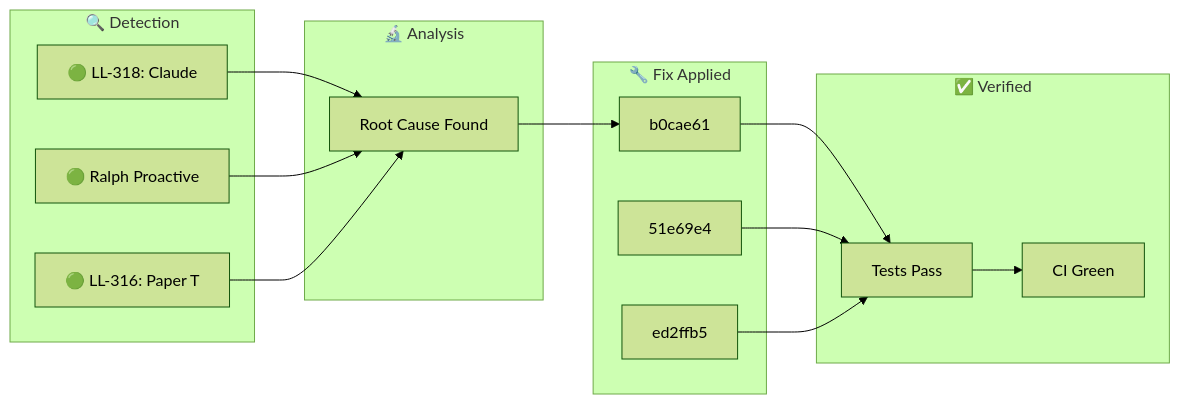
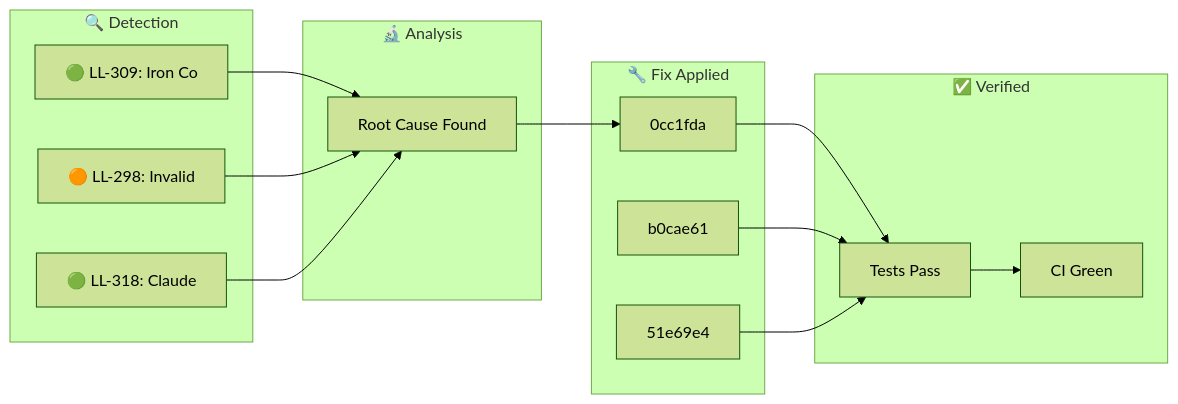
The diagram in docs/_posts/2026-01-28-ralph-discovery.md (YoByron/trading), drawn with Mermaid (forest theme) before and after one commit. The commit also changed other lines of this file, not shown here.

Commit message:
docs(ralph): Auto-publish discovery blog post

````diff
--- a/docs/_posts/2026-01-28-ralph-discovery.md
+++ b/docs/_posts/2026-01-28-ralph-discovery.md
@@ -17,28 +17,28 @@
 ```mermaid
 flowchart LR
     subgraph Detection["🔍 Detection"]
-        D1["🟢 LL-318: Claude "]
-        D2["🟢 Ralph Proactive"]
-        D3["🟢 LL-316: Paper T"]
+        D1["🟢 LL-309: Iron Co"]
+        D2["🟠 LL-298: Invalid"]
+        D3["🟢 LL-318: Claude "]
     end
     subgraph Analysis["🔬 Analysis"]
         A1["Root Cause Found"]
     end
     subgraph Fix["🔧 Fix Applied"]
-        F1["b0cae61"]
-        F2["51e69e4"]
-        F3["ed2ffb5"]
+        F1["0cc1fda"]
+        F2["b0cae61"]
+        F3["51e69e4"]
     end
     subgraph Verify["✅ Verified"]
         V1["Tests Pass"]
         V2["CI Green"]
     end
     D1 --> A1
     D2 --> A1
     D3 --> A1
     A1 --> F1
     F1 --> V1
     F2 --> V1
     F3 --> V1
     V1 --> V2
 ```
````
